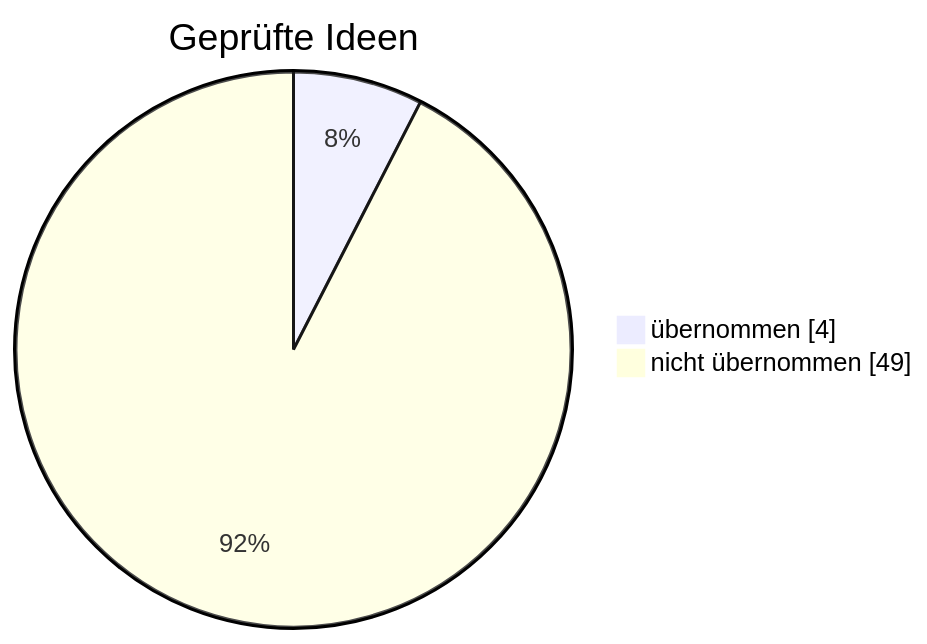
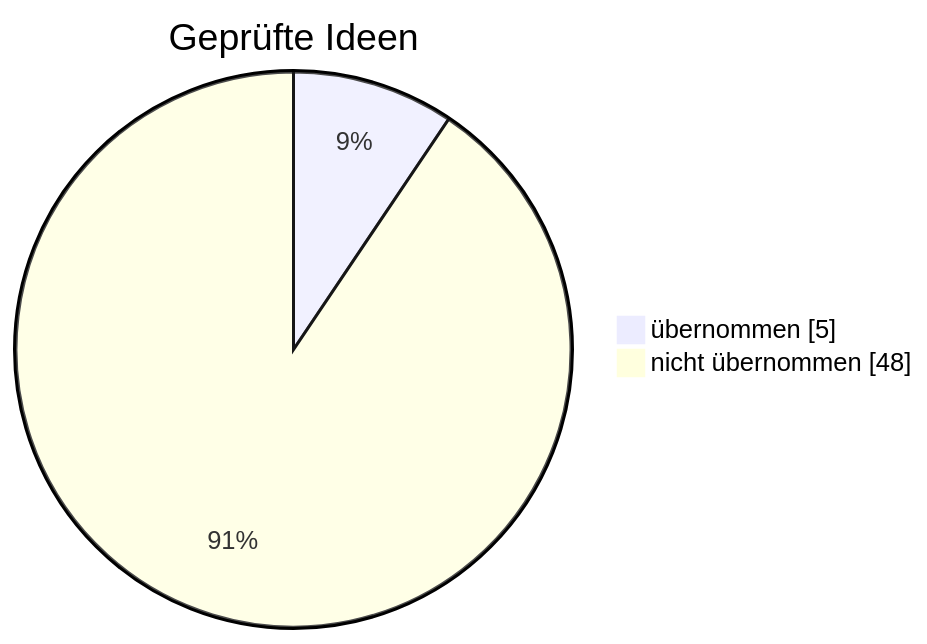
The diagram in gehirn/Notizen/Was der Bot schon weiß.md (sickingmalte-arch/Test-Bot), drawn with Mermaid before and after one commit. The commit also changed other lines of this file and 6 other files, not shown here.

````diff
--- a/gehirn/Notizen/Was der Bot schon weiß.md
+++ b/gehirn/Notizen/Was der Bot schon weiß.md
@@ -22,6 +22,6 @@
 ```mermaid
 pie showData
     title Geprüfte Ideen
-    "übernommen" : 4
-    "nicht übernommen" : 49
+    "übernommen" : 5
+    "nicht übernommen" : 48
 ```
````
